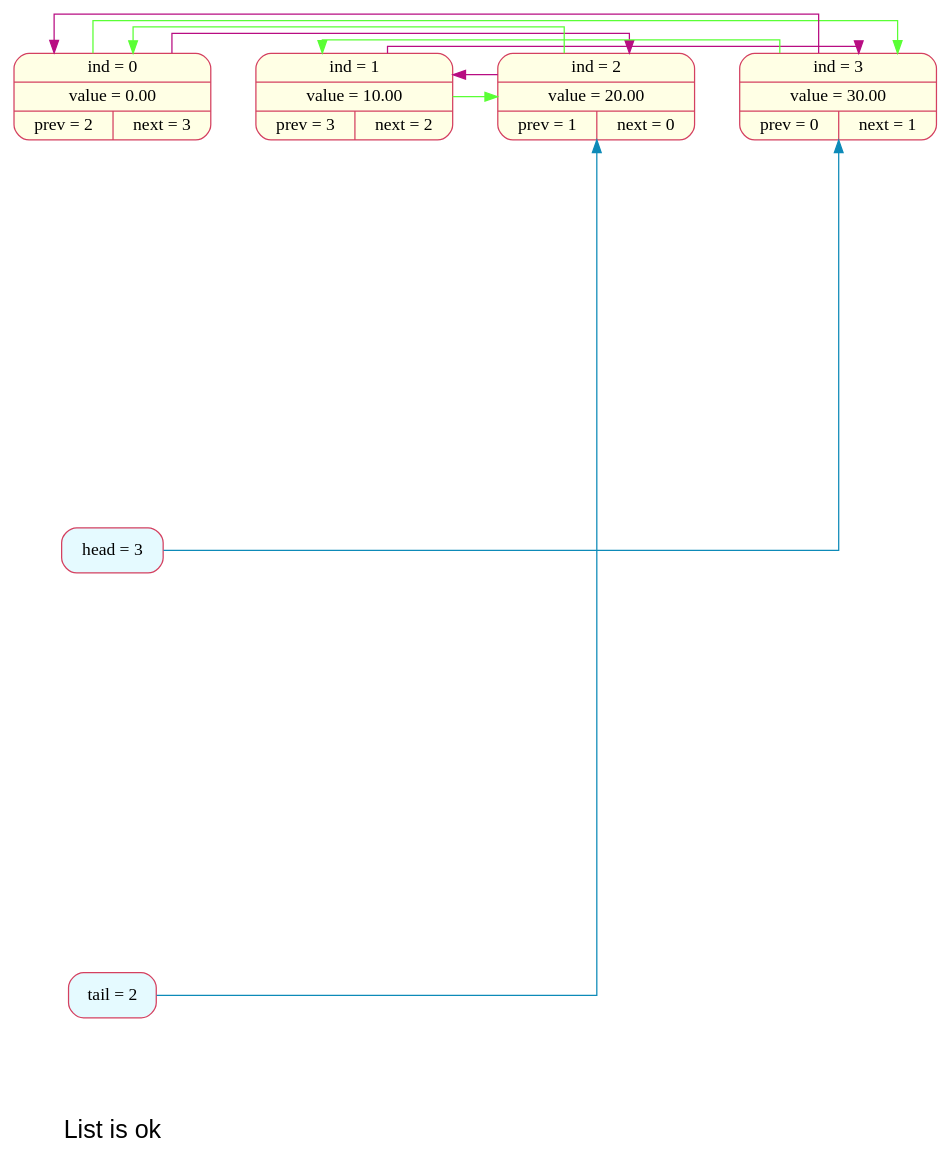
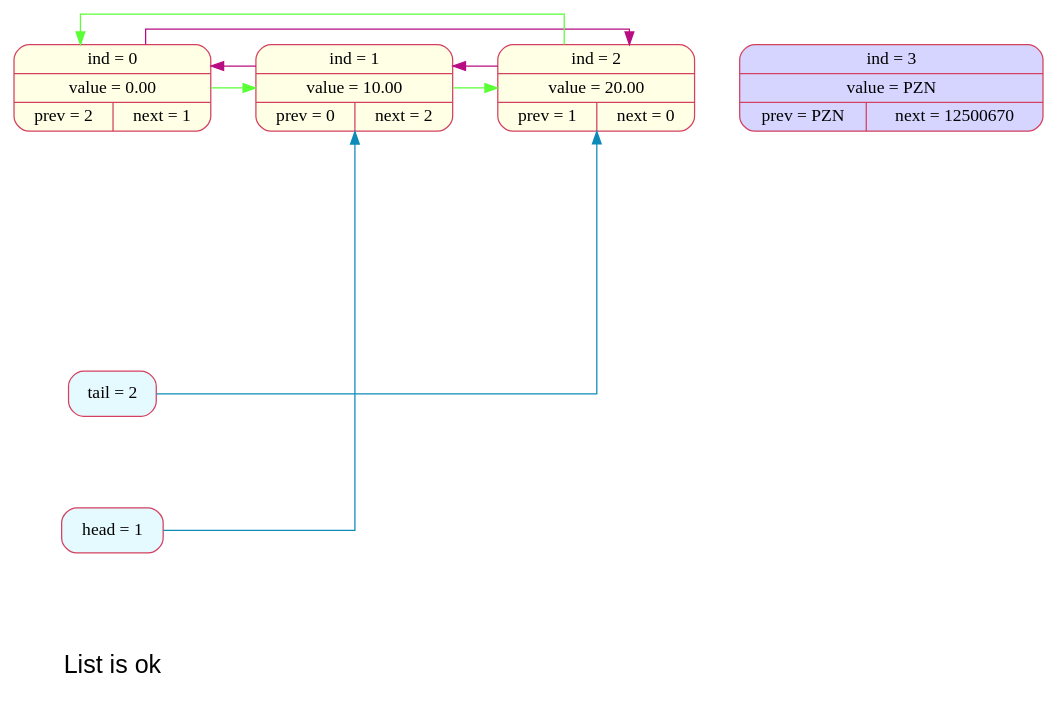
One commit to Pshonechka/List changed the diagram in graph_3.dot. Above: the diagram before and after it, drawn with Graphviz. The commit also changed 21 other files, not shown here.

```diff
--- a/graph_3.dot
+++ b/graph_3.dot
@@ -1,30 +1,28 @@
 digraph G {
 	header [shape=plaintext, label = "List is ok", fontsize = 20, fontname = Arial, fontcolor="#000000ff"];
 	graph [splines=ortho];
 	nodesep=1.0;
 	rankdir=LR;
-	node_0 [rank=1; shape=Mrecord; style=filled; fillcolor="#ffffe5ff"; color = "#d44060ff"; label=" ind = 0 | value = 0.00 |{prev = 2 | next = 3}"];
-	node_1 [rank=1; shape=Mrecord; style=filled; fillcolor="#ffffe5ff"; color = "#d44060ff"; label=" ind = 1 | value = 10.00 |{prev = 3 | next = 2}"];
+	node_0 [rank=1; shape=Mrecord; style=filled; fillcolor="#ffffe5ff"; color = "#d44060ff"; label=" ind = 0 | value = 0.00 |{prev = 2 | next = 1}"];
+	node_1 [rank=1; shape=Mrecord; style=filled; fillcolor="#ffffe5ff"; color = "#d44060ff"; label=" ind = 1 | value = 10.00 |{prev = 0 | next = 2}"];
 	node_2 [rank=1; shape=Mrecord; style=filled; fillcolor="#ffffe5ff"; color = "#d44060ff"; label=" ind = 2 | value = 20.00 |{prev = 1 | next = 0}"];
-	node_3 [rank=1; shape=Mrecord; style=filled; fillcolor="#ffffe5ff"; color = "#d44060ff"; label=" ind = 3 | value = 30.00 |{prev = 0 | next = 1}"];
+	node_3 [rank=1; shape=Mrecord; style=filled; fillcolor="#d6d5ffff"; color = "#d44060ff"; label=" ind = 3 | value = PZN |{prev = PZN | next = 12500670}"];
 	edge [color="#FFFFFF", fontcolor="#000000"];
 	node_0 -> node_1 [weight=1000, style="invis"];
 	node_1 -> node_2 [weight=1000, style="invis"];
 	node_2 -> node_3 [weight=1000, style="invis"];
 	edge [color="#5aff35ff", fontcolor="#000000", constraint=false];
-	node_0 -> node_3;
+	node_0 -> node_1;
 	node_1 -> node_2;
 	node_2 -> node_0;
-	node_3 -> node_1;
 	edge [color="#7009acff", fontcolor="#000000", constraint=false];
 	edge [color="#b80d82ff", fontcolor="#000000", constraint=false];
 	node_0 -> node_2;
-	node_1 -> node_3;
+	node_1 -> node_0;
 	node_2 -> node_1;
-	node_3 -> node_0;
-	head [rank=1; shape=Mrecord; style=filled; fillcolor="#e5faffff";color = "#d44060ff"; label="head = 3"];
+	head [rank=1; shape=Mrecord; style=filled; fillcolor="#e5faffff";color = "#d44060ff"; label="head = 1"];
 	tail [rank=1; shape=Mrecord; style=filled; fillcolor="#e5faffff";color = "#d44060ff"; label="tail = 2"];
 	edge [color="#0d8ab8ff", fontcolor="#000000", constraint=false];
-	head -> node_3;
+	head -> node_1;
 	tail -> node_2;
 }
```
